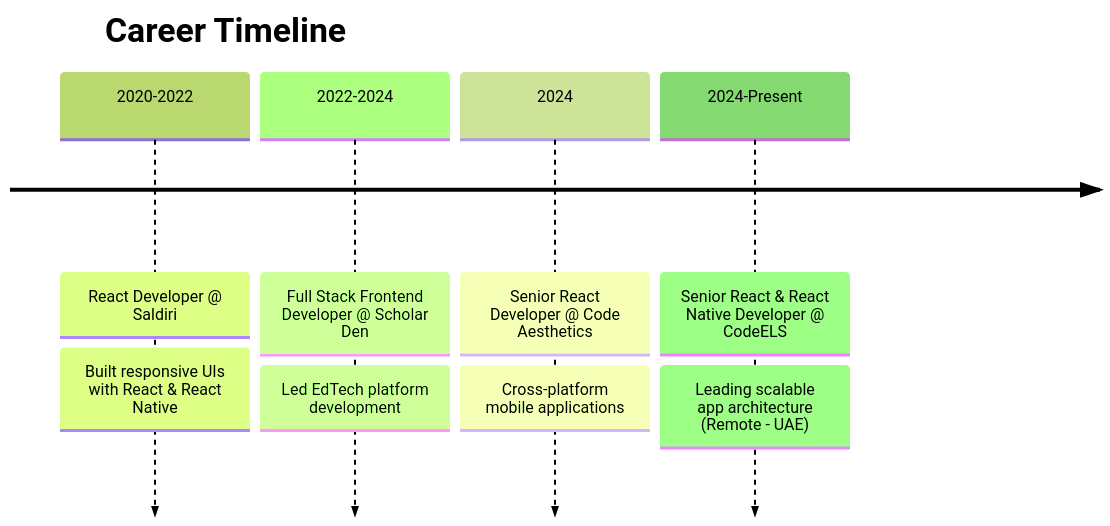
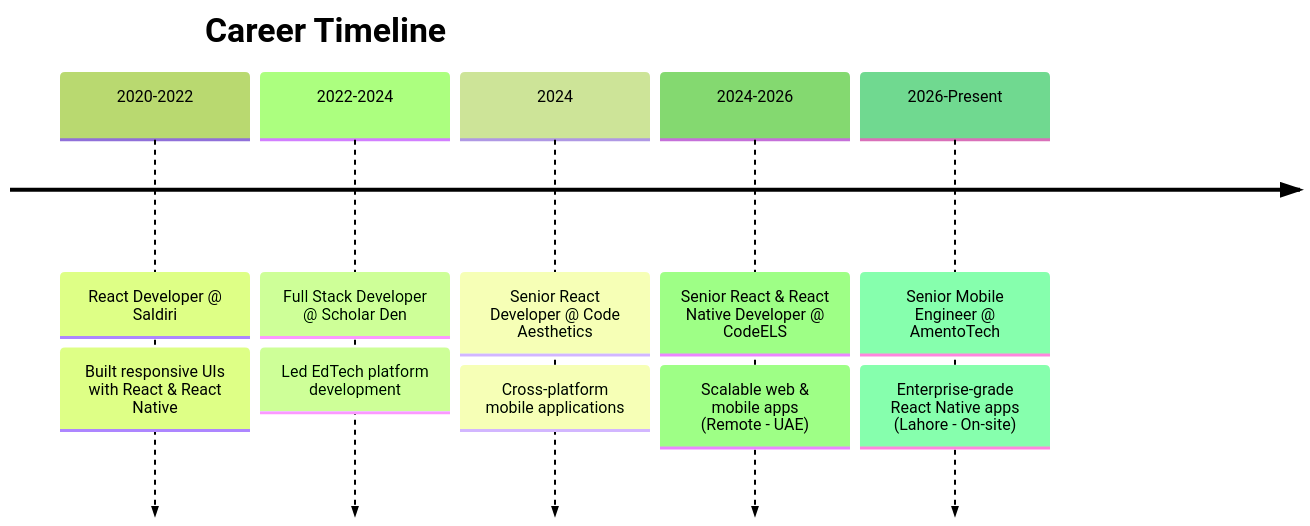
The diagram in README.md (hassanprodeveloper/hassanprodeveloper), drawn with Mermaid (forest theme) before and after one commit. The commit also changed other lines of this file, not shown here.

````diff
--- a/README.md
+++ b/README.md
@@ -35,12 +35,14 @@
 ```mermaid
 timeline
     title Career Timeline
     2020-2022 : React Developer @ Saldiri
               : Built responsive UIs with React & React Native
-    2022-2024 : Full Stack Frontend Developer @ Scholar Den
+    2022-2024 : Full Stack Developer @ Scholar Den
               : Led EdTech platform development
     2024      : Senior React Developer @ Code Aesthetics
               : Cross-platform mobile applications
-    2024-Present : Senior React & React Native Developer @ CodeELS
-                 : Leading scalable app architecture (Remote - UAE)
+    2024-2026 : Senior React & React Native Developer @ CodeELS
+              : Scalable web & mobile apps (Remote - UAE)
+    2026-Present : Senior Mobile Engineer @ AmentoTech
+                 : Enterprise-grade React Native apps (Lahore - On-site)
 ```
````
